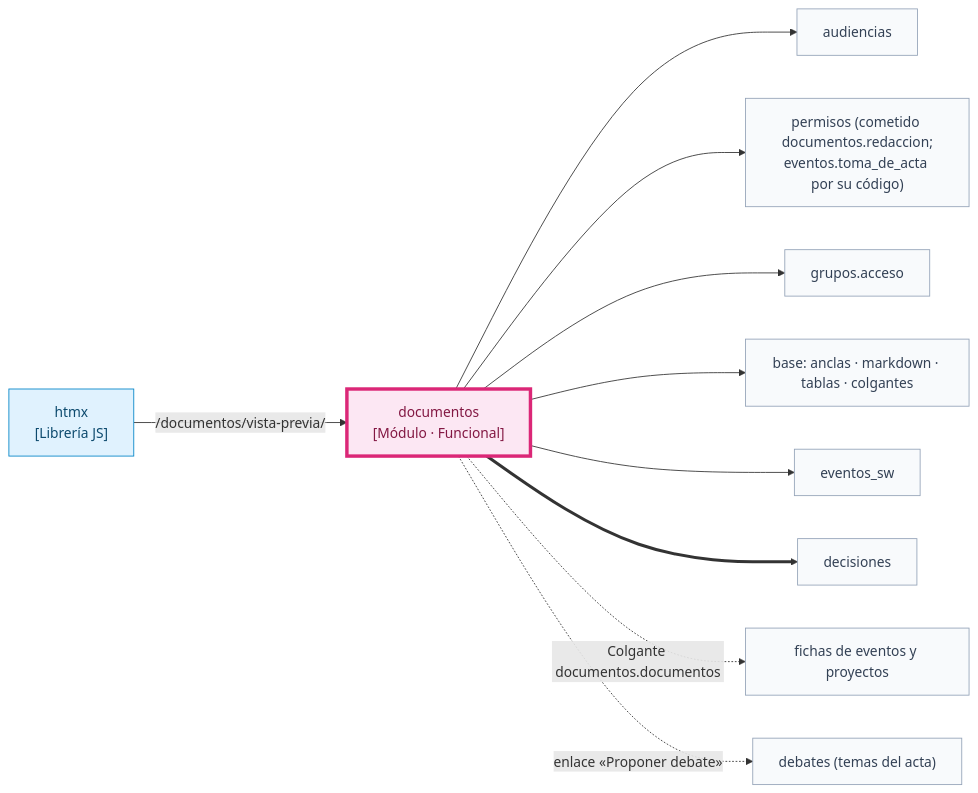
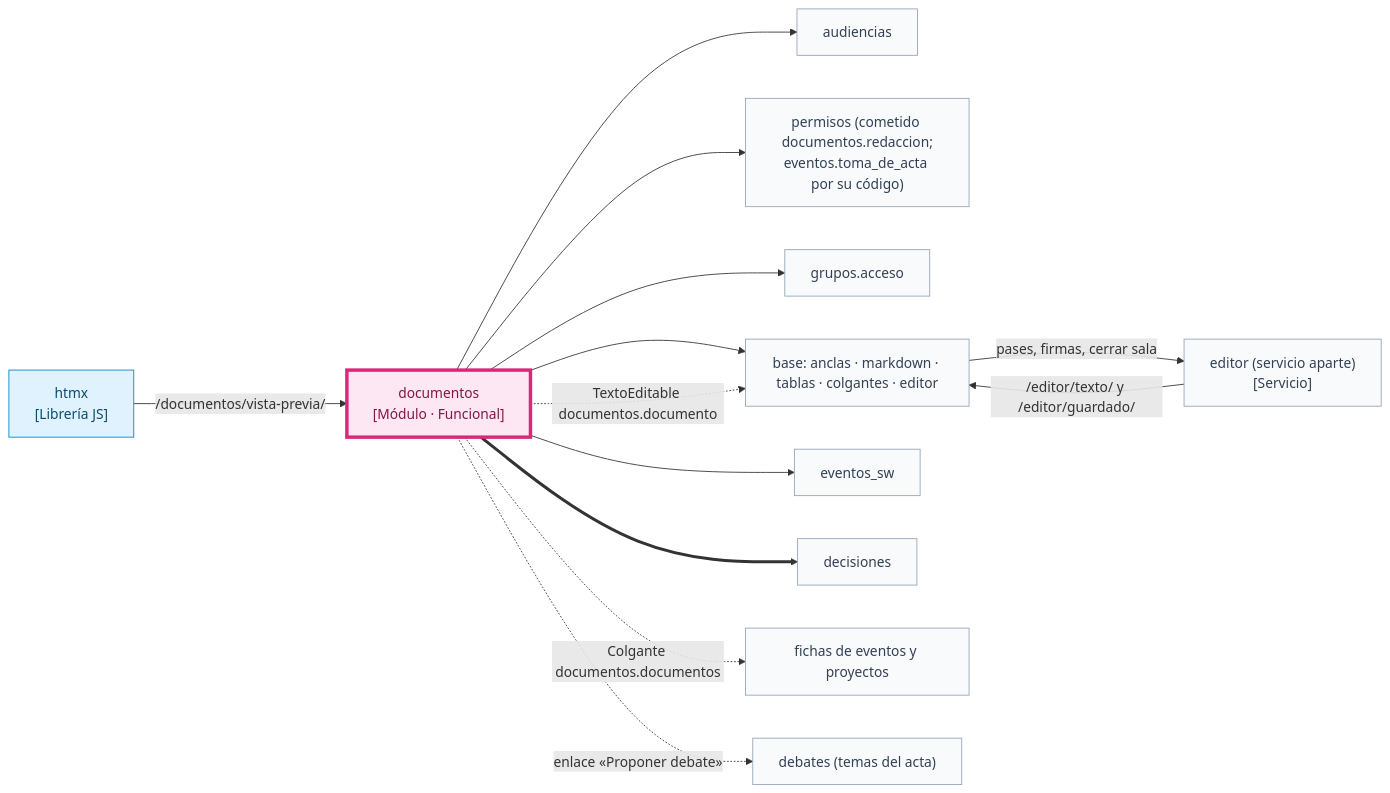
Before and after one commit to chemabc/groupy: diagram 28 of 39 in docs/arquitectura.md, drawn with Mermaid. The commit also changed other lines of this file and 36 other files, not shown here.

First line of the commit message:
Editor colaborativo en tiempo real: esqueleto como pieza aparte y su encaje con la plataforma

````diff
--- a/docs/arquitectura.md
+++ b/docs/arquitectura.md
@@ -831,25 +840,29 @@
 ```mermaid
 flowchart LR
   classDef yo fill:#fce7f3,stroke:#db2777,stroke-width:4px,color:#831843
   classDef otro fill:#f8fafc,stroke:#94a3b8,color:#334155
   classDef libjs fill:#e0f2fe,stroke:#0284c7,color:#0c4a6e
   doc["documentos<br/>[Módulo · Funcional]"]:::yo
   aud["audiencias"]:::otro
   per["permisos (cometido documentos.redaccion;<br/>eventos.toma_de_acta por su código)"]:::otro
   gru["grupos.acceso"]:::otro
-  bas["base: anclas · markdown · tablas · colgantes"]:::otro
+  bas["base: anclas · markdown · tablas · colgantes · editor"]:::otro
+  edi["editor (servicio aparte)<br/>[Servicio]"]:::otro
   esw["eventos_sw"]:::otro
   dec["decisiones"]:::otro
   fichas["fichas de eventos y proyectos"]:::otro
   deb["debates (temas del acta)"]:::otro
   htmx["htmx<br/>[Librería JS]"]:::libjs
   doc --> aud
   doc --> per
   doc --> gru
   doc --> bas
   doc --> esw
   doc ==> dec
   doc -. "Colgante documentos.documentos" .-> fichas
   doc -. "enlace «Proponer debate»" .-> deb
   htmx -- "/documentos/vista-previa/" --> doc
+  doc -. "TextoEditable documentos.documento" .-> bas
+  bas -- "pases, firmas, cerrar sala" --> edi
+  edi -- "/editor/texto/ y /editor/guardado/" --> bas
 ```
````
